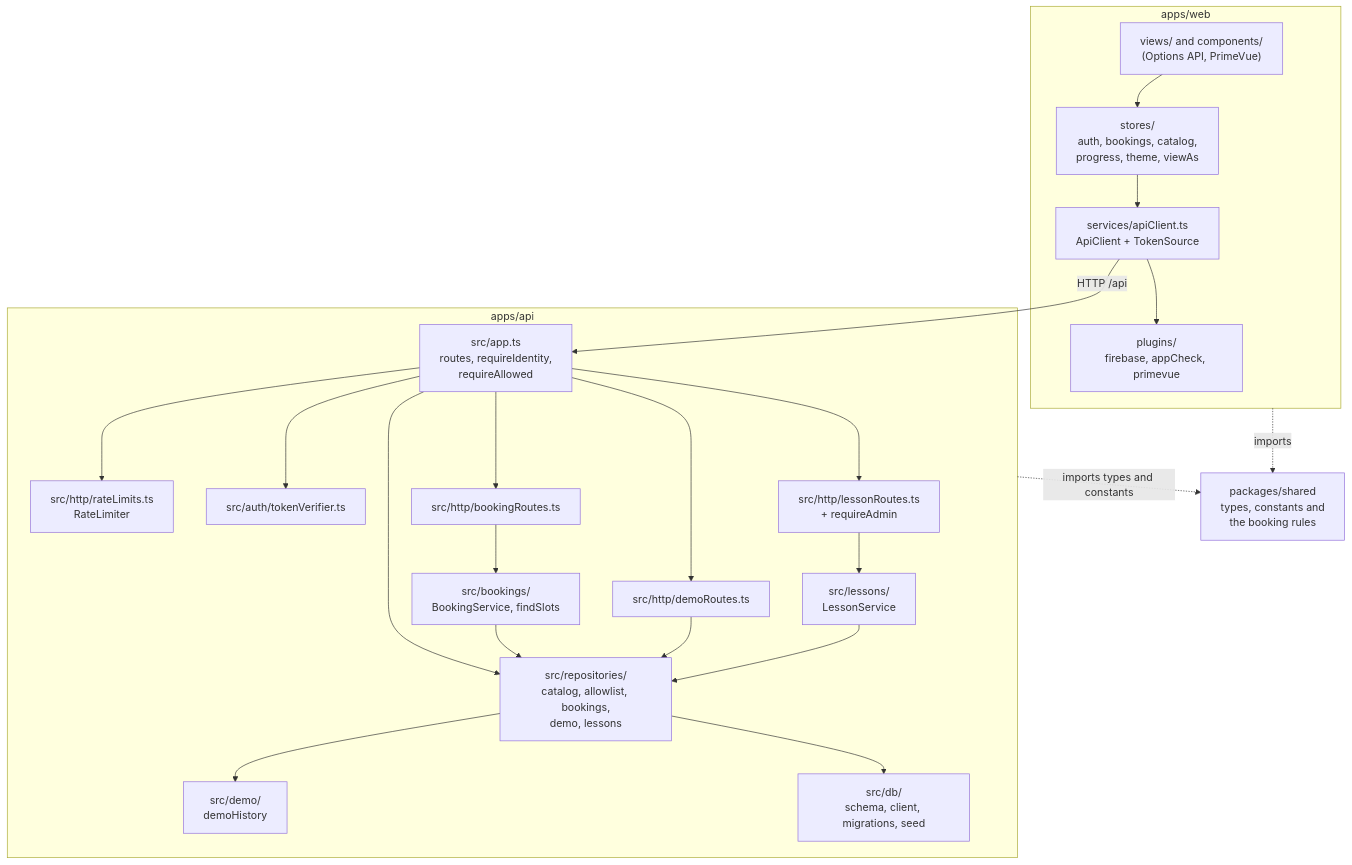
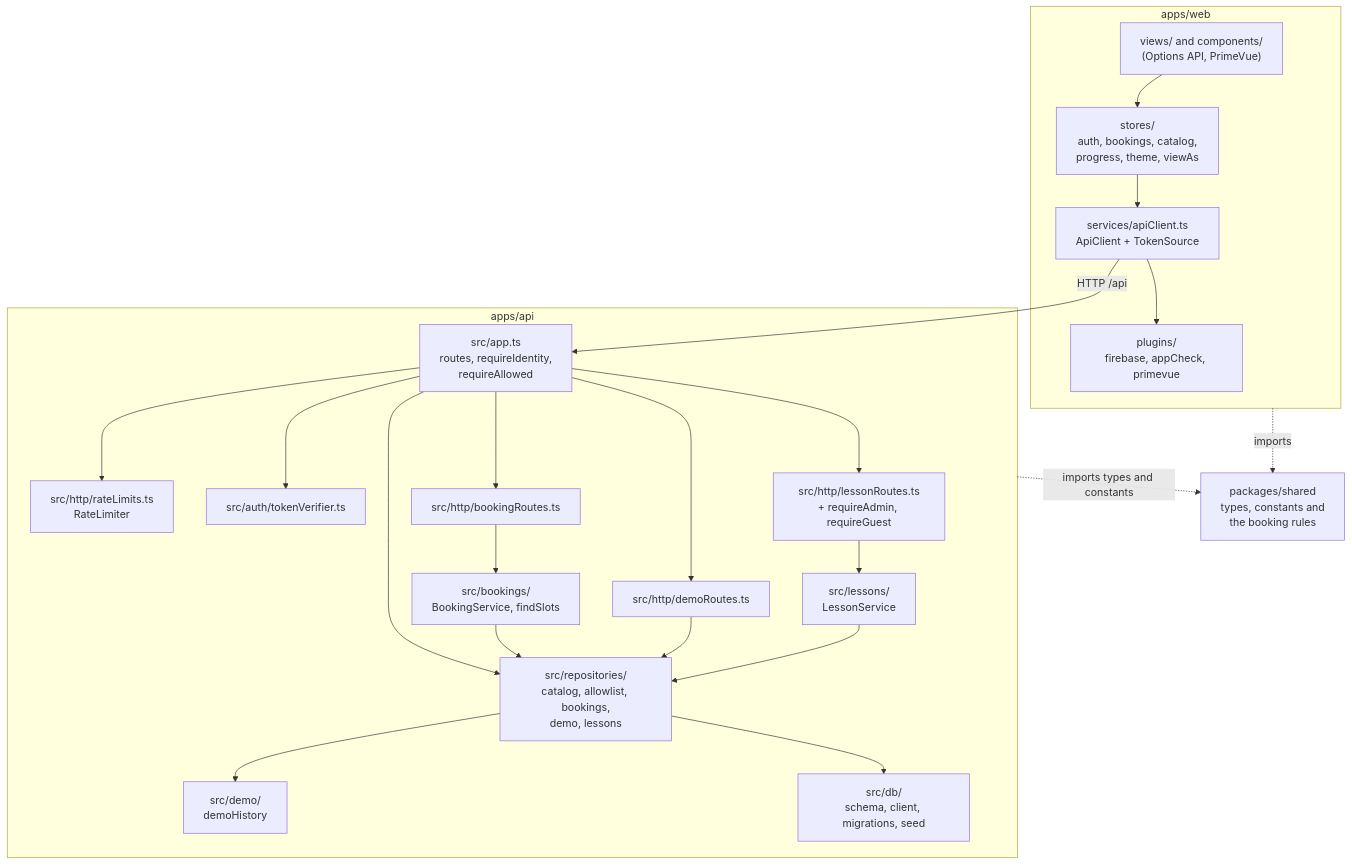
One commit to Valiance-Studios/halo-drivers-ed changed the second of 9 diagrams in ARCHITECTURE.md. Above: the diagram before and after it, drawn with Mermaid. The commit also changed other lines of this file and 26 other files, not shown here.

````diff
--- a/ARCHITECTURE.md
+++ b/ARCHITECTURE.md
@@ -76,45 +76,45 @@
 ```mermaid
 flowchart TB
     subgraph web["apps/web"]
         views["views/ and components/<br/>(Options API, PrimeVue)"]
         stores["stores/<br/>auth, bookings, catalog,<br/>progress, theme, viewAs"]
         client["services/apiClient.ts<br/>ApiClient + TokenSource"]
         plugins["plugins/<br/>firebase, appCheck, primevue"]
         views --> stores
         stores --> client
         client --> plugins
     end
 
     subgraph api["apps/api"]
         app["src/app.ts<br/>routes, requireIdentity,<br/>requireAllowed"]
         limits["src/http/rateLimits.ts<br/>RateLimiter"]
         verifier["src/auth/tokenVerifier.ts"]
         bookingRoutes["src/http/bookingRoutes.ts"]
         service["src/bookings/<br/>BookingService, findSlots"]
         demoRoutes["src/http/demoRoutes.ts"]
         demo["src/demo/<br/>demoHistory"]
-        lessonRoutes["src/http/lessonRoutes.ts<br/>+ requireAdmin"]
+        lessonRoutes["src/http/lessonRoutes.ts<br/>+ requireAdmin, requireGuest"]
         lessonService["src/lessons/<br/>LessonService"]
         repos["src/repositories/<br/>catalog, allowlist, bookings,<br/>demo, lessons"]
         db["src/db/<br/>schema, client, migrations, seed"]
         app --> verifier
         app --> limits
         app --> repos
         app --> bookingRoutes
         bookingRoutes --> service
         service --> repos
         app --> demoRoutes
         demoRoutes --> repos
         repos --> demo
         app --> lessonRoutes
         lessonRoutes --> lessonService
         lessonService --> repos
         repos --> db
     end
 
     shared["packages/shared<br/>types, constants and<br/>the booking rules"]
 
     client -- "HTTP /api" --> app
     web -. "imports" .-> shared
     api -. "imports types and constants" .-> shared
 ```
````
